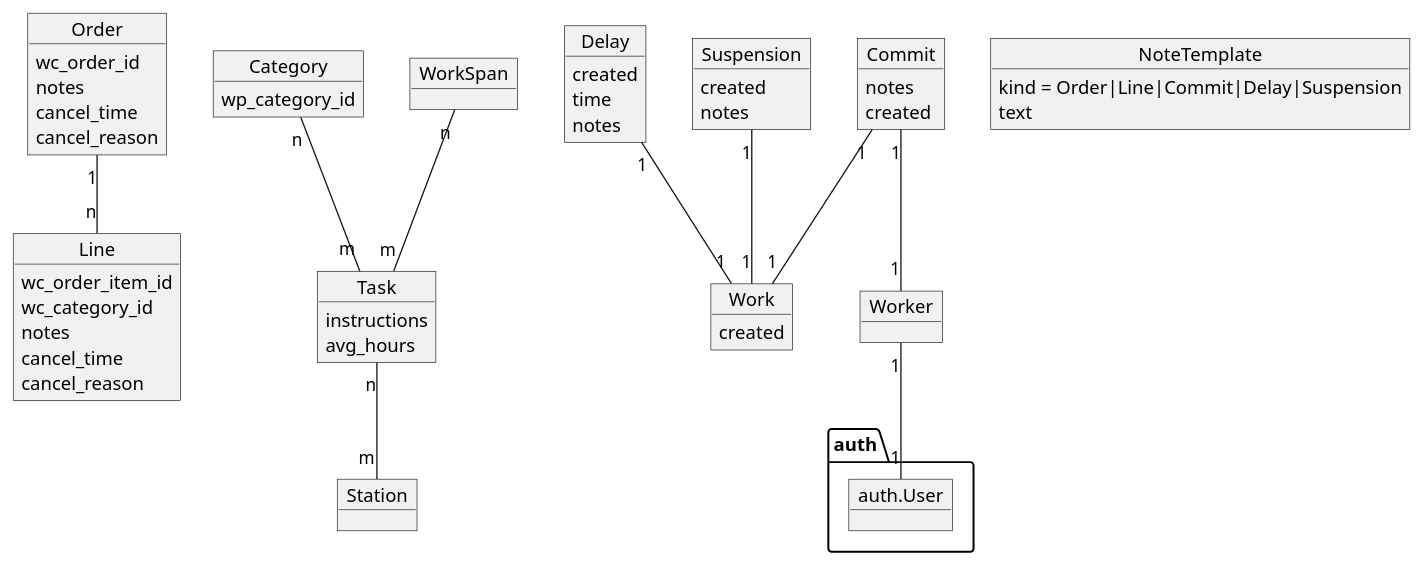
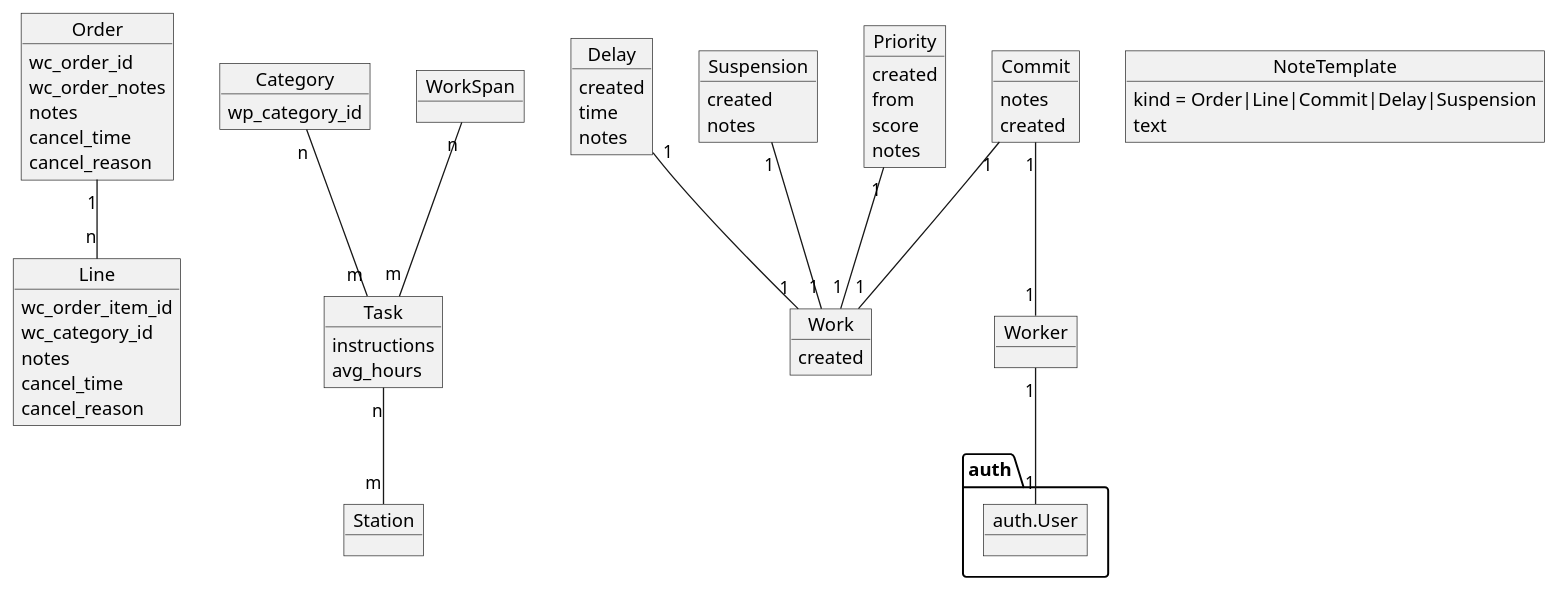
Before and after one commit to iriswm/iris: the diagram in docs/model.plantuml, drawn with PlantUML.

Commit message:
Update model info with received feedback

```diff
--- a/docs/model.plantuml
+++ b/docs/model.plantuml
@@ -1,173 +1,200 @@
 @startuml
 
 /'
 
 When an order is completed (or reaches a configured completion state) in a
 WooCommerce site, a plugin notifies the Iris site with the order details. This
 details are stored in the models `Order` and `Line`. Both models keep the
 corresponding Wordpress ids and a custom `notes` field to track extra
 information provided by the plugin or recorded while working in the Iris site.
 The items in the model `Line` also keep an identifier for the WooCommerce
-category.
+category. Also, an extra field will keep track of the order notes specified in
+the WooCommerce site (also using the plugin).
 
 '/
 
 object Order
 object Line
 
 Order "1" -- "n" Line
 
 Order : wc_order_id
+Order : wc_order_notes
 Order : notes
 
 Line : wc_order_item_id
 Line : wc_category_id
 Line : notes
 
 /'
 
 In the Iris site, another model called `Category` maps each WooCommerce
 category identifier with a set of items in the model `Task`. Each task has
 also individual `instructions`.
 
 When a new item is created in the model `Line`, the category is checked and
 the appropriate set of actual tasks are created as entries in a model called
 `Work`. Each of this works, when completed, will span extra works according to
 another model called `WorkSpan`.
 
 '/
 
 object Category
 
 Category : wp_category_id
 
 object Task
 
 Category "n" -- "m" Task
 
 Task : instructions
 
 object Work
 object WorkSpan
 
 WorkSpan "n" -- "m" Task
 
 /'
 
 The items in the models `Task`, `Category` and `WorkSpan` represent trees of
 works needed to consider an order fulfilled.
 
 The works can be completed by any worker, identified in the model `Worker` and
 connected to an Django `User`. The works are marked as completed creating a
 new item in another model called `Commit`. This commits also have `notes`.
 
 '/
 
 object Worker
 object auth.User
 
 Worker "1" -- "1" auth.User
 
 object Commit
 
 Commit "1" -- "1" Worker
 Commit "1" -- "1" Work
 
 Commit : notes
 
 /'
 
 The items in `Work` and `Commit` are timestamped to keep track of the amount
 of time needed by each item in an Order and offer proper estimations and
 reports. For the estimations, information about average times needed per task
 will be recorded in the `Task` model.
 
 '/
 
 Work : created
 Commit : created
 Task : avg_hours
 
 /'
 
 Each order and line can be canceled with a `reason` field. Either in the Iris
 site or by the WooCommerce plugin.
 
+Deletion of orders or lines will be notified to Iris to have the time and
+reason updated. Reason will be a custom text like "Deleted in WooCommerce.".
+
+When two orders are related because of a cancellation (ex: a correct new order
+replaced an incorrect obsolete one) the operator in the WooCommerce site can
+add this information in the order notes (and they will be notified by the
+plugin, as said above).
+
 '/
 
 Order : cancel_time
 Order : cancel_reason
 Line : cancel_time
 Line : cancel_reason
 
 /'
 
 The main purpose of the Iris site is to keep a list of station profiles in a
 `Station` model and offer a detail page for each station when the workers in
 the station can see the tasks pending work and the information needed for each
 task. The secondary purpose is to help with the estimation of order completion
 times and the tertiary purpose is to offer insights into work efficiency and
 performance.
 
 '/
 
 object Station
 
 Task "n" -- "m" Station
 
 /'
 
 The interface will be keep as simple as possible and will have utilities to
 ease the interaction using touch screens. A simple way to switch between
 workers profiles or an alternative should be provided. Also, a system for
 adding common notes using a few touches may be helpful.
 
 '/
 
 object NoteTemplate
 NoteTemplate : kind = Order|Line|Commit|Delay|Suspension
 NoteTemplate : text
 
 /'
 
-Abnormal stops in works will be handled using extra models:
+Abnormal workflows in works will be handled using extra models:
 
 '/
 
 /'
 
 - The `Delay` model, with a specific time specified to hide the work in the
-station during that time and a note.
+  station during that time and a note.
 
 '/
 
 object Delay
 
 Delay "1" -- "1" Work
 
 Delay : created
 Delay : time
 Delay : notes
 
 /'
 
 - The `Suspension` model, for halts in works without time estimations, also
-with a note.
+  with a note.
 
 '/
 
 object Suspension
 
 Suspension "1" -- "1" Work
 
 Suspension : created
 Suspension : notes
 
 /'
 
+- The `Priority` model, to give extra priority to certain work from a specific
+  date. This will override the default FIFO order for works with a different
+  score. The higher the score the higher the priority.
+
+'/
+
+object Priority
+
+Priority "1" -- "1" Work
+
+Priority : created
+Priority : from
+Priority : score
+Priority : notes
+
+/'
+
 A system of alerts to handle delays or suspensions is also considerably
 useful to have, but in the meantime, an screen to show them should be enough.
 
 '/
 
 @enduml
```
